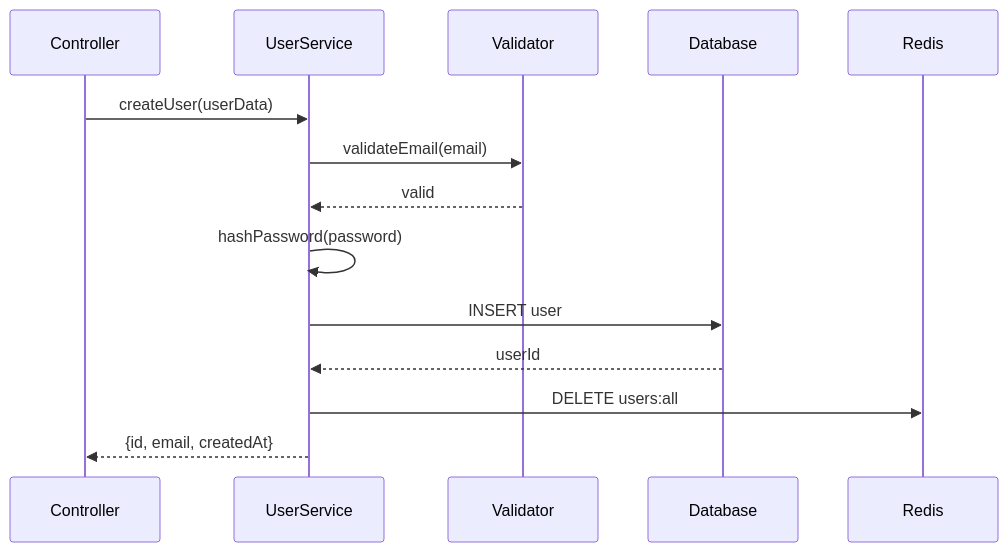
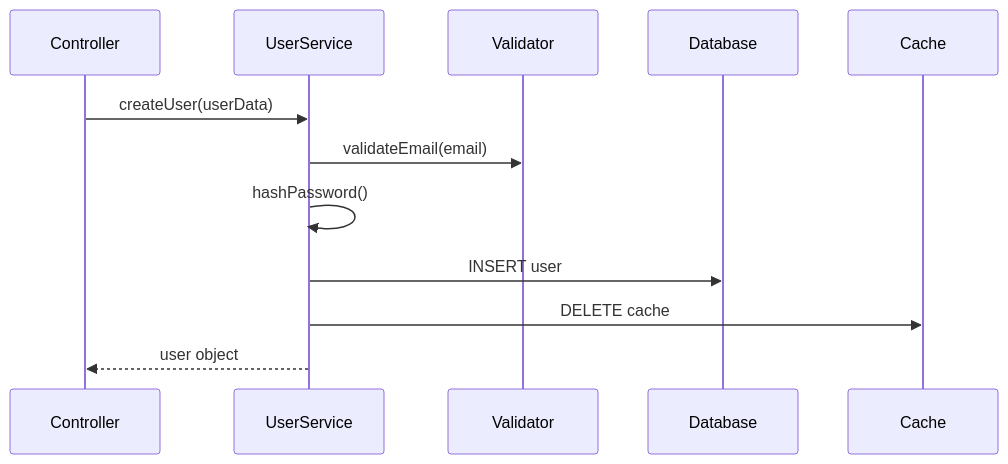
Before and after one commit to JIA-ss/agents: the tenth of 11 diagrams in agents/code-analyzer.md, drawn with Mermaid. The commit also changed other lines of this file, not shown here.

````diff
--- a/agents/code-analyzer.md
+++ b/agents/code-analyzer.md
@@ -692,17 +759,9 @@
 ```mermaid
 sequenceDiagram
-    participant C as Controller
-    participant US as UserService
-    participant V as Validator
-    participant DB as Database
-    participant Cache as Redis
-
-    C->>US: createUser(userData)
-    US->>V: validateEmail(email)
-    V-->>US: valid
-    US->>US: hashPassword(password)
-    US->>DB: INSERT user
-    DB-->>US: userId
-    US->>Cache: DELETE users:all
-    US-->>C: {id, email, createdAt}
+    Controller->>UserService: createUser(userData)
+    UserService->>Validator: validateEmail(email)
+    UserService->>UserService: hashPassword()
+    UserService->>Database: INSERT user
+    UserService->>Cache: DELETE cache
+    UserService-->>Controller: user object
 ```
````
